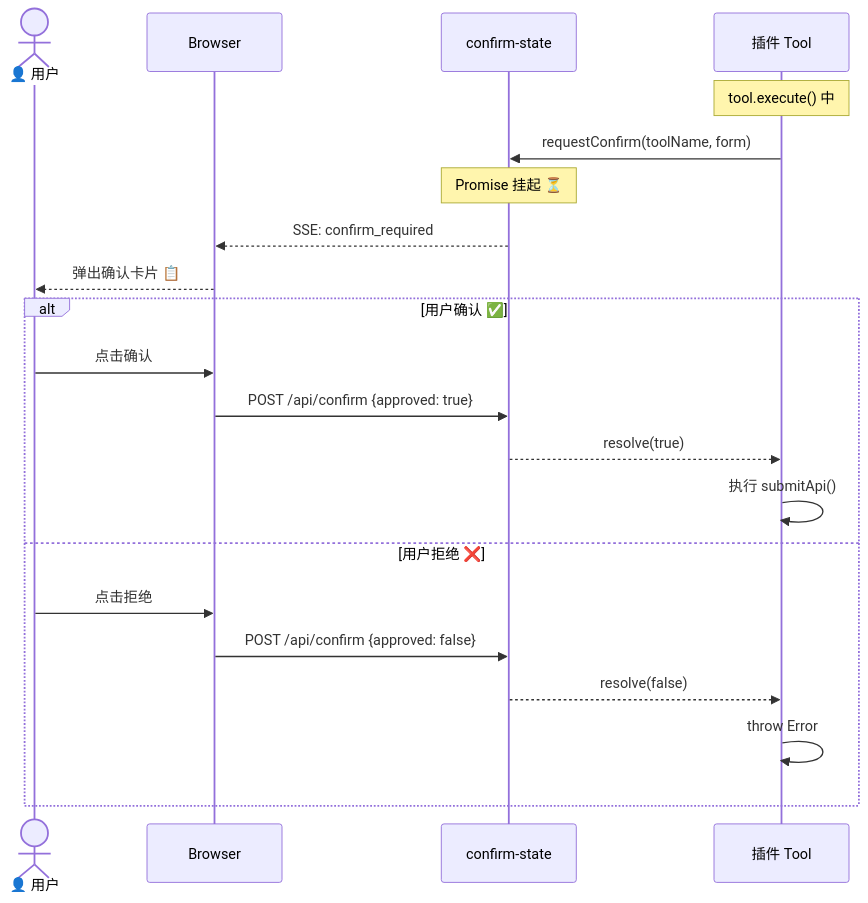
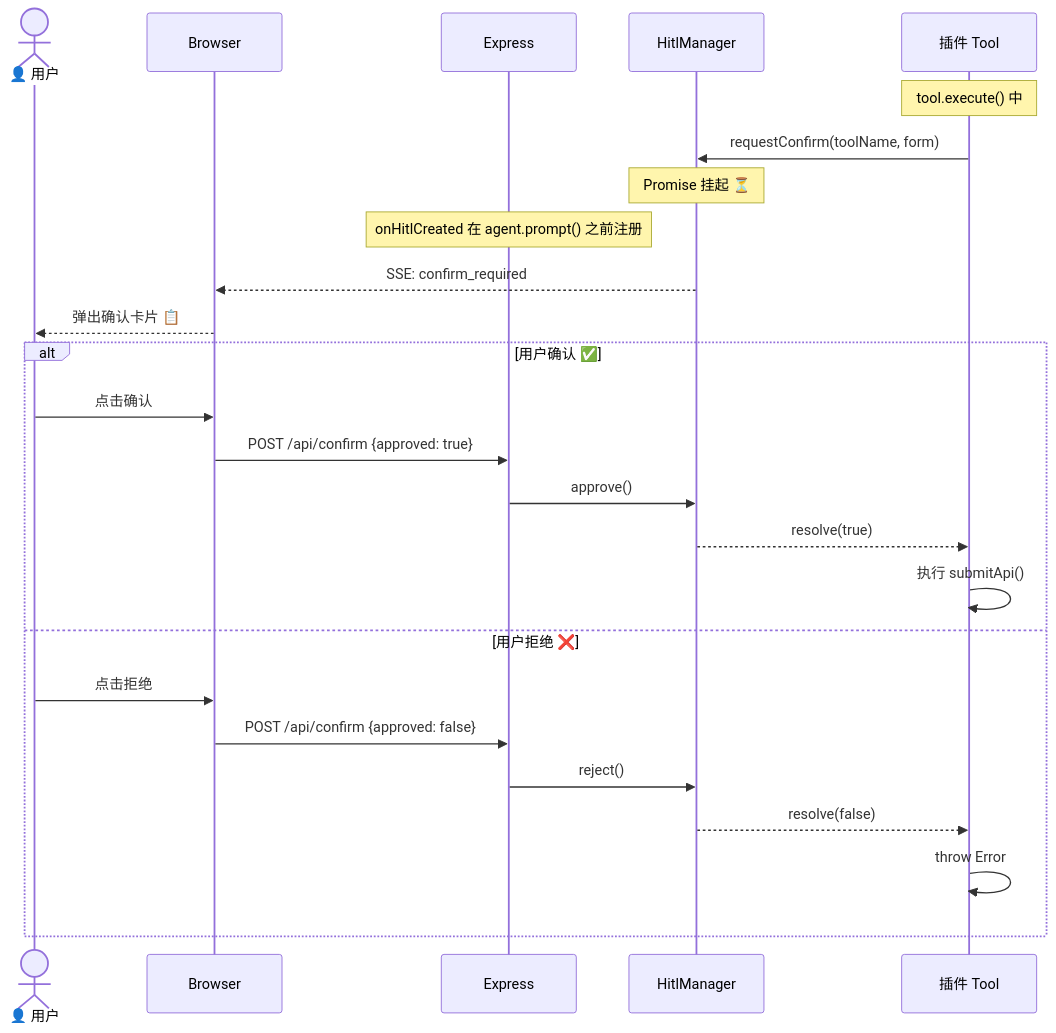
Before and after one commit to yjzaaa/leave-approval-agent: the sixth of 7 diagrams in CLAUDE.md, drawn with Mermaid. The commit also changed other lines of this file and 8 other files, not shown here.

````diff
--- a/CLAUDE.md
+++ b/CLAUDE.md
@@ -150,26 +177,30 @@
 ```mermaid
 sequenceDiagram
     actor User as 👤 用户
     participant Browser as Browser
-    participant State as confirm-state
+    participant Express as Express
+    participant Hitl as HitlManager
     participant Tool as 插件 Tool
 
     Note over Tool: tool.execute() 中
-    Tool->>State: requestConfirm(toolName, form)
-    Note over State: Promise 挂起 ⏳
+    Tool->>Hitl: requestConfirm(toolName, form)
+    Note over Hitl: Promise 挂起 ⏳
+    Note over Express: onHitlCreated 在 agent.prompt() 之前注册
 
-    State-->>Browser: SSE: confirm_required
+    Hitl-->>Browser: SSE: confirm_required
     Browser-->>User: 弹出确认卡片 📋
 
     alt 用户确认 ✅
         User->>Browser: 点击确认
-        Browser->>State: POST /api/confirm {approved: true}
-        State-->>Tool: resolve(true)
+        Browser->>Express: POST /api/confirm {approved: true}
+        Express->>Hitl: approve()
+        Hitl-->>Tool: resolve(true)
         Tool->>Tool: 执行 submitApi()
     else 用户拒绝 ❌
         User->>Browser: 点击拒绝
-        Browser->>State: POST /api/confirm {approved: false}
-        State-->>Tool: resolve(false)
+        Browser->>Express: POST /api/confirm {approved: false}
+        Express->>Hitl: reject()
+        Hitl-->>Tool: resolve(false)
         Tool->>Tool: throw Error
     end
 ```
````
